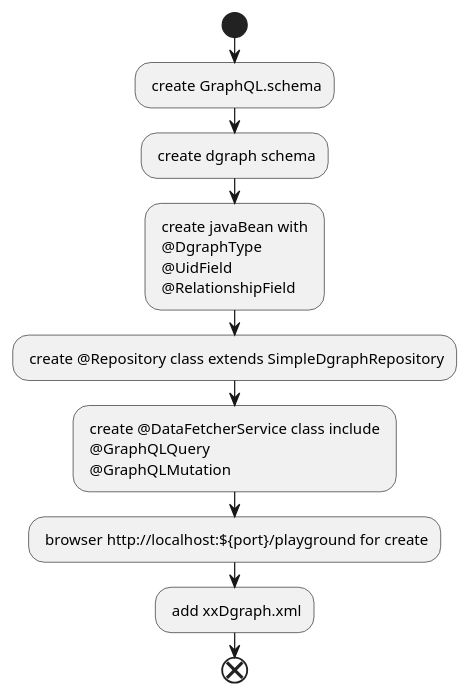
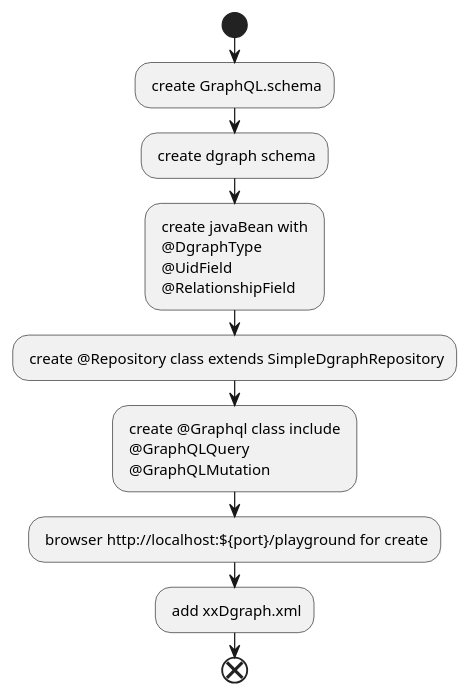
The diagram in doc/workflow.puml (wangyuheng/Arc), drawn with PlantUML before and after one commit. The commit also changed 20 other files, not shown here.

Commit message:
DataFetcherService rename Graphql

```diff
--- a/doc/workflow.puml
+++ b/doc/workflow.puml
@@ -1,15 +1,15 @@
 @startuml
 
 start
 
 : create GraphQL.schema;
 : create dgraph schema;
 : create javaBean with \n @DgraphType \n @UidField \n @RelationshipField;
 : create @Repository class extends SimpleDgraphRepository;
-: create @DataFetcherService class include \n @GraphQLQuery \n @GraphQLMutation;
+: create @Graphql class include \n @GraphQLQuery \n @GraphQLMutation;
 : browser http://localhost:${port}/playground for create;
 : add xxDgraph.xml;
 
 end
 
 @enduml
```
